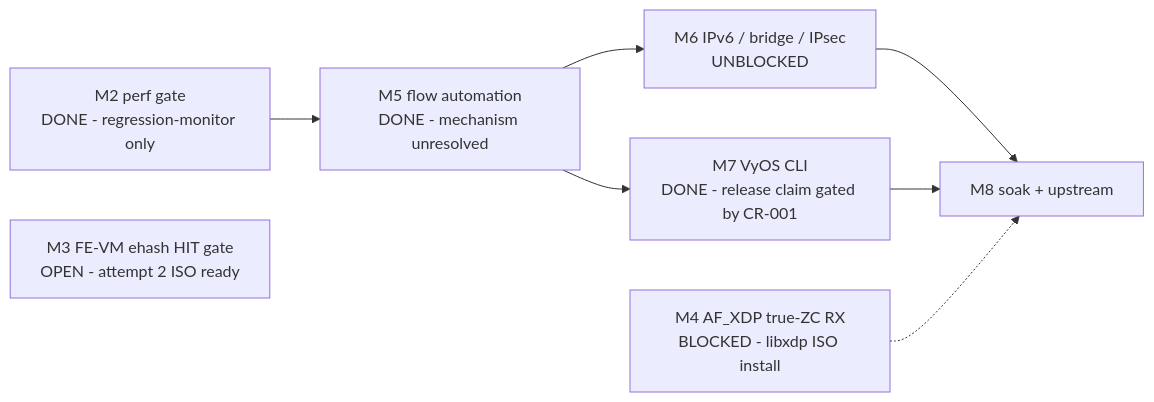
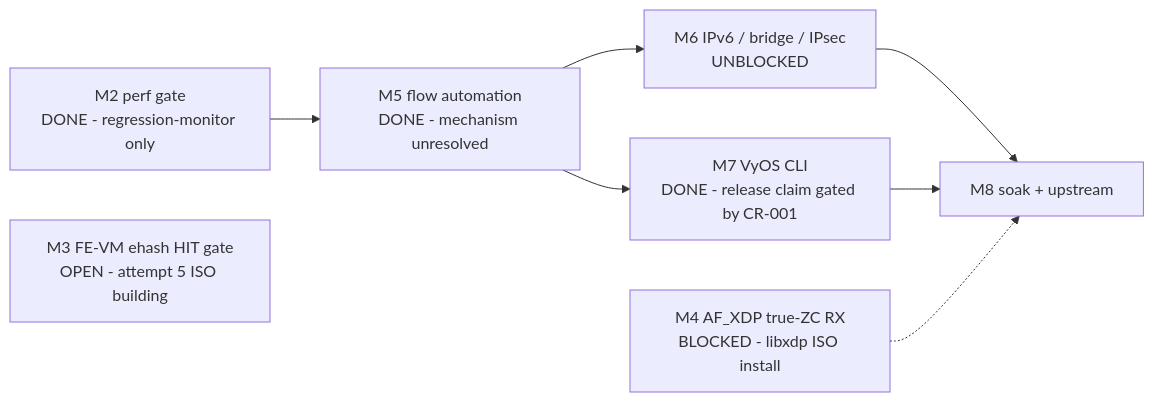
Before and after one commit to Daegara/vyos-ls1046a-build: the diagram in plans/ASK2-MASTER-PLAN.md, drawn with Mermaid. The commit also changed other lines of this file, not shown here.

````diff
--- a/plans/ASK2-MASTER-PLAN.md
+++ b/plans/ASK2-MASTER-PLAN.md
@@ -166,10 +186,10 @@
 ```mermaid
 graph LR
     M2["M2 perf gate<br/>DONE - regression-monitor only"] --> M5["M5 flow automation<br/>DONE - mechanism unresolved"]
-    M3["M3 FE-VM ehash HIT gate<br/>OPEN - attempt 2 ISO ready"]
+    M3["M3 FE-VM ehash HIT gate<br/>OPEN - attempt 5 ISO building"]
     M5 --> M6["M6 IPv6 / bridge / IPsec<br/>UNBLOCKED"]
     M5 --> M7["M7 VyOS CLI<br/>DONE - release claim gated by CR-001"]
     M6 --> M8["M8 soak + upstream"]
     M7 --> M8
     M4["M4 AF_XDP true-ZC RX<br/>BLOCKED - libxdp ISO install"] -.-> M8
 ```
````
